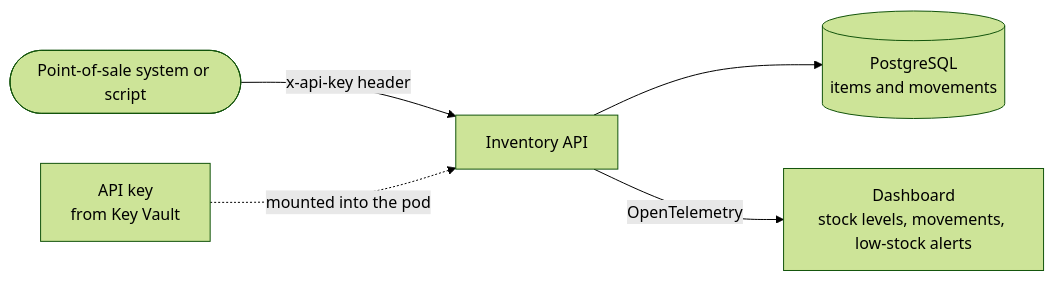
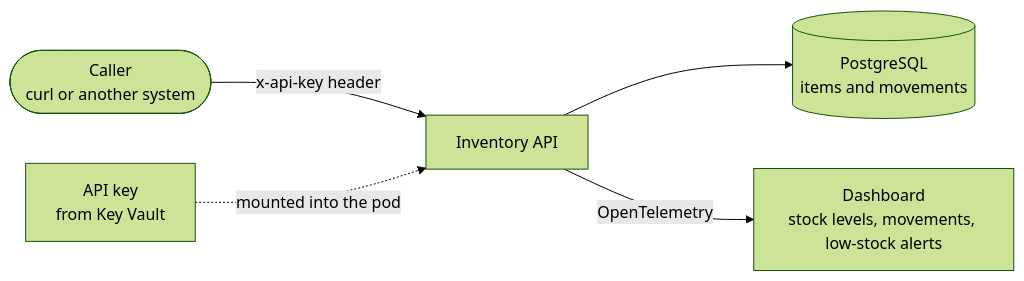
One commit to Azure-Samples/portability-patterns-library changed the diagram in samples/InventoryApp/README.md. Above: the diagram before and after it, drawn with Mermaid (forest theme).

Commit message:
Inventory README: name the caller plainly

````diff
--- a/samples/InventoryApp/README.md
+++ b/samples/InventoryApp/README.md
@@ -18,13 +18,13 @@
 ```mermaid
 flowchart LR
-    caller(["Point-of-sale system or script"])
+    caller(["Caller<br/>curl or another system"])
     api["Inventory API"]
     db[("PostgreSQL<br/>items and movements")]
     key["API key<br/>from Key Vault"]
     dash["Dashboard<br/>stock levels, movements, low-stock alerts"]
 
     caller -- "x-api-key header" --> api
     key -. "mounted into the pod" .-> api
     api --> db
     api -- "OpenTelemetry" --> dash
 ```
````
